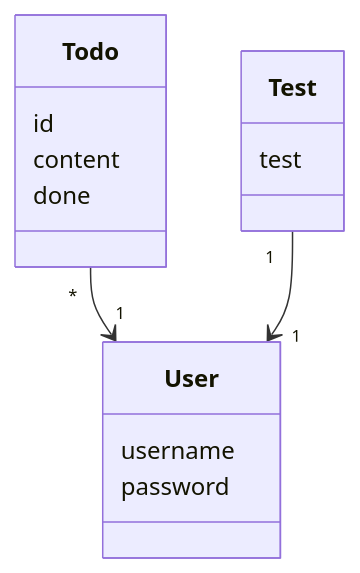
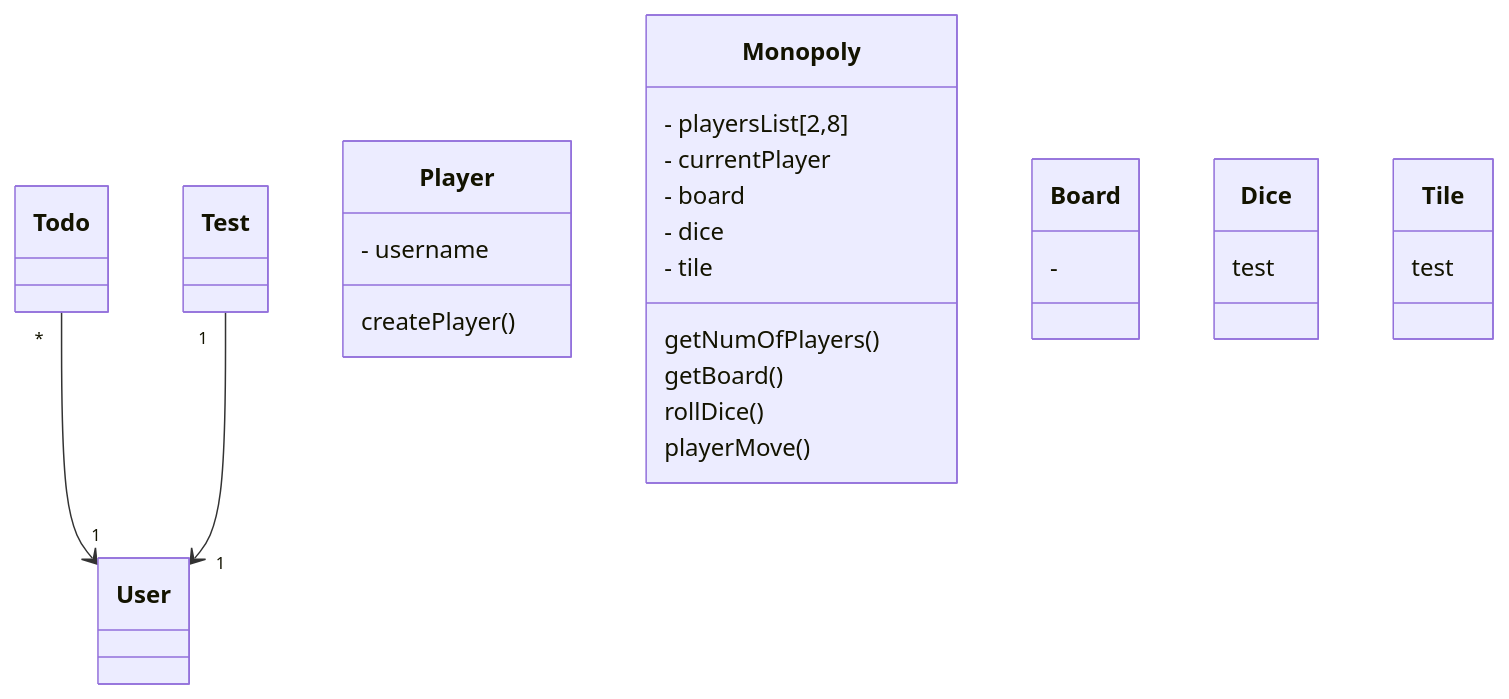
One commit to Eoyie/ot-harjoitustyo changed the diagram in laskarit/viikko3/Monopoli.md. Above: the diagram before and after it, drawn with Mermaid.

Commit message:
Taas testi

````diff
--- a/laskarit/viikko3/Monopoli.md
+++ b/laskarit/viikko3/Monopoli.md
@@ -1,17 +1,29 @@
 ```mermaid
  classDiagram
       Todo "*" --> "1" User
       Test "1" --> "1" User
-      class User{
-          username
-          password
+      class Player{
+          - username
+          createPlayer()
       }
-      class Todo{
-          id
-          content
-          done
+      class Monopoly{
+          - playersList[2,8]
+          - currentPlayer
+          - board
+          - dice
+          - tile
+          getNumOfPlayers()
+          getBoard()
+          rollDice()
+          playerMove()
       }
-      class Test{
+      class Board{
+          -
+      }
+      class Dice{
+          test
+      }
+      class Tile{
           test
       }
 ```
````
